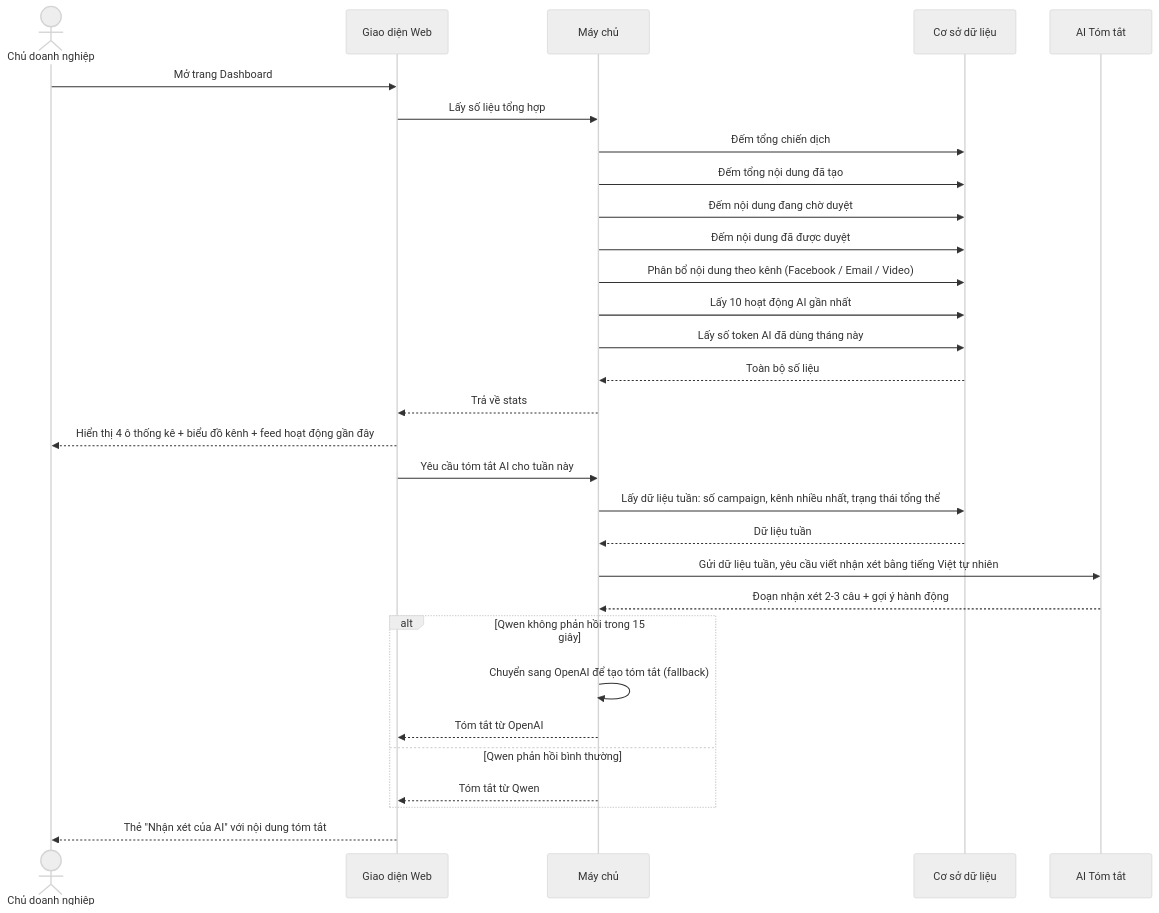
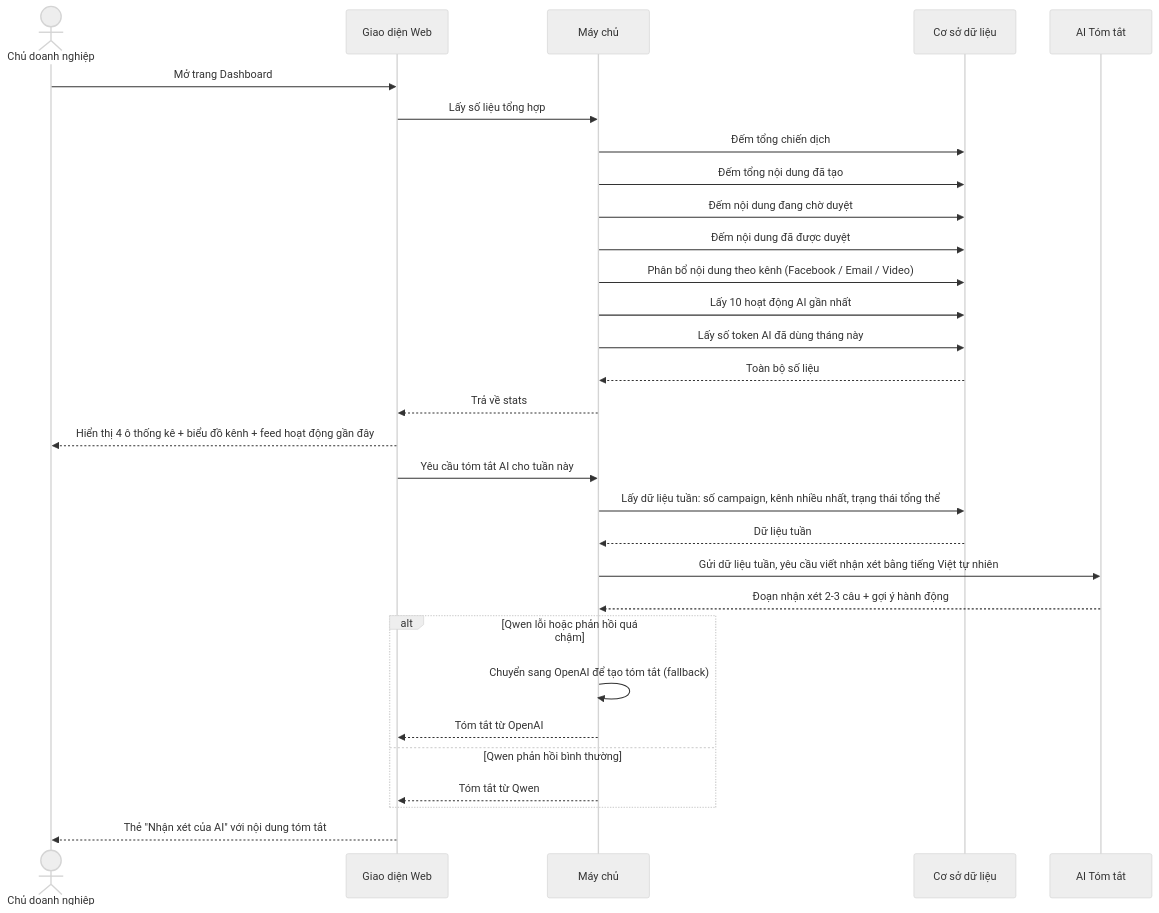
One commit to medu1122/cap2 changed the sixth of 9 diagrams in docs/final/02-architecture/sequence-diagrams.md. Above: the diagram before and after it, drawn with Mermaid (neutral theme). The commit also changed other lines of this file and 94 other files, not shown here.

````diff
--- a/docs/final/02-architecture/sequence-diagrams.md
+++ b/docs/final/02-architecture/sequence-diagrams.md
@@ -255,37 +255,37 @@
 ```mermaid
 sequenceDiagram
     actor Owner as Chủ doanh nghiệp
     participant Web as Giao diện Web
     participant Server as Máy chủ
     participant DB as Cơ sở dữ liệu
     participant Qwen as AI Tóm tắt
 
     Owner->>Web: Mở trang Dashboard
 
     Web->>Server: Lấy số liệu tổng hợp
     Server->>DB: Đếm tổng chiến dịch
     Server->>DB: Đếm tổng nội dung đã tạo
     Server->>DB: Đếm nội dung đang chờ duyệt
     Server->>DB: Đếm nội dung đã được duyệt
     Server->>DB: Phân bổ nội dung theo kênh (Facebook / Email / Video)
     Server->>DB: Lấy 10 hoạt động AI gần nhất
     Server->>DB: Lấy số token AI đã dùng tháng này
     DB-->>Server: Toàn bộ số liệu
     Server-->>Web: Trả về stats
     Web-->>Owner: Hiển thị 4 ô thống kê + biểu đồ kênh + feed hoạt động gần đây
 
     Web->>Server: Yêu cầu tóm tắt AI cho tuần này
     Server->>DB: Lấy dữ liệu tuần: số campaign, kênh nhiều nhất, trạng thái tổng thể
     DB-->>Server: Dữ liệu tuần
     Server->>Qwen: Gửi dữ liệu tuần, yêu cầu viết nhận xét bằng tiếng Việt tự nhiên
     Qwen-->>Server: Đoạn nhận xét 2-3 câu + gợi ý hành động
 
-    alt Qwen không phản hồi trong 15 giây
+    alt Qwen lỗi hoặc phản hồi quá chậm
         Server->>Server: Chuyển sang OpenAI để tạo tóm tắt (fallback)
         Server-->>Web: Tóm tắt từ OpenAI
     else Qwen phản hồi bình thường
         Server-->>Web: Tóm tắt từ Qwen
     end
 
     Web-->>Owner: Thẻ "Nhận xét của AI" với nội dung tóm tắt
 ```
````
